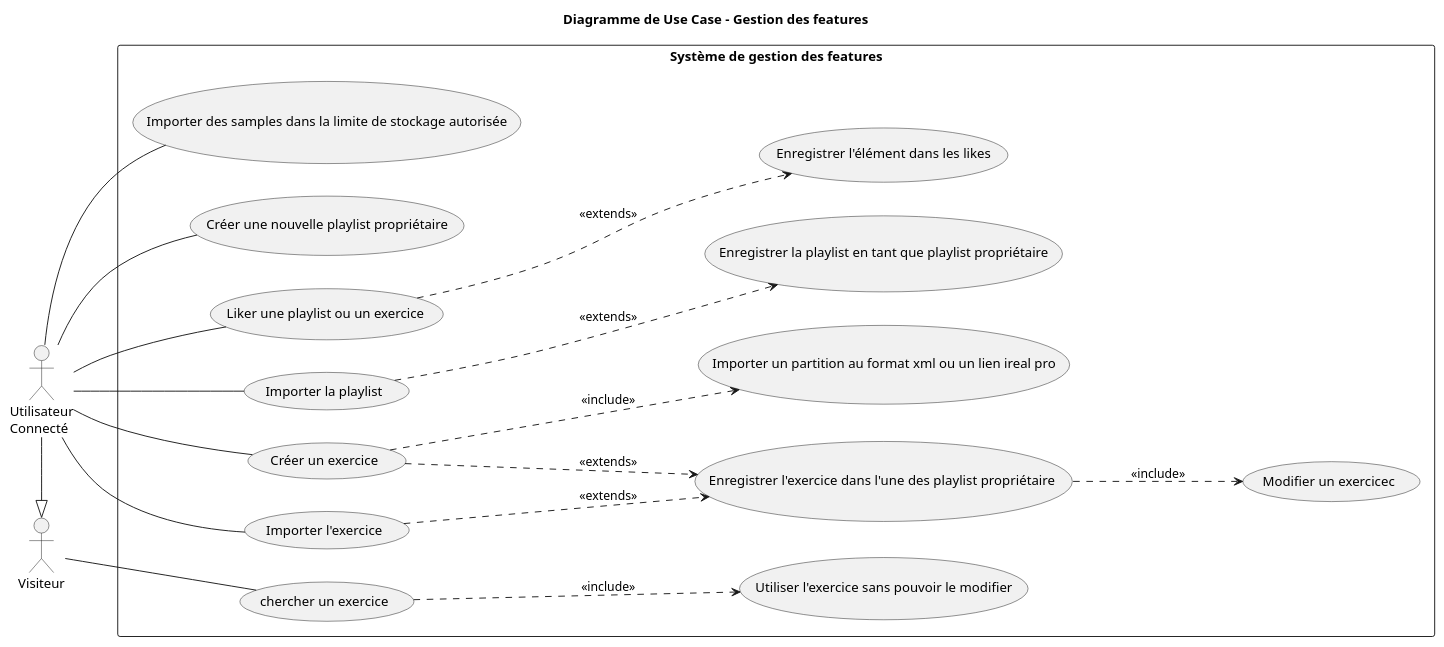
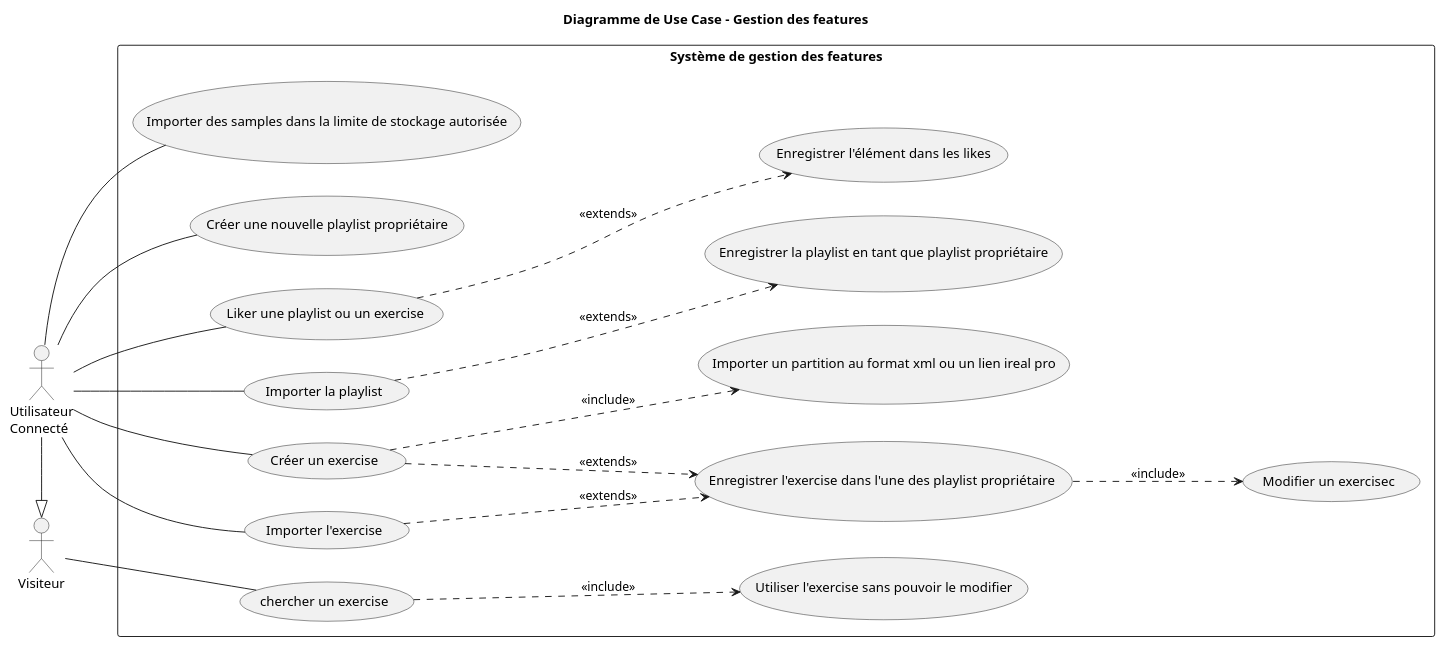
One commit to nemnem202/soutenance changed the diagram in conception/usecase_diagrams/features.wsd. Above: the diagram before and after it, drawn with PlantUML. The commit also changed 19 other files, not shown here.

Commit message:
corrected Exercice by Exercise

```diff
--- a/conception/usecase_diagrams/features.wsd
+++ b/conception/usecase_diagrams/features.wsd
@@ -1,52 +1,52 @@
-@startuml Exercice
+@startuml Exercise
 
 title Diagramme de Use Case - Gestion des features
 
 left to right direction
 
 skinparam PackageStyle rect
 
 actor "Visiteur" as visiteur
 actor "Utilisateur\nConnecté" as user
 
 
 rectangle "Système de gestion des features" {
-        usecase "chercher un exercice" as UC001
-        usecase "Utiliser l'exercice sans pouvoir le modifier" as UC002
-        usecase "Enregistrer l'exercice dans l'une des playlist propriétaire " as UC004
+        usecase "chercher un exercise" as UC001
+        usecase "Utiliser l'exercise sans pouvoir le modifier" as UC002
+        usecase "Enregistrer l'exercise dans l'une des playlist propriétaire " as UC004
         usecase "Créer une nouvelle playlist propriétaire" as UC005
-        usecase "Liker une playlist ou un exercice" as UC007
+        usecase "Liker une playlist ou un exercise" as UC007
         usecase "Enregistrer l'élément dans les likes" as UC008
-        usecase "Créer un exercice" as UC009
+        usecase "Créer un exercise" as UC009
         usecase "Importer un partition au format xml ou un lien ireal pro" as UC010
         usecase "Importer la playlist" as UC011
-        usecase "Importer l'exercice" as UC012
+        usecase "Importer l'exercise" as UC012
         usecase "Enregistrer la playlist en tant que playlist propriétaire" as UC013
         usecase "Importer des samples dans la limite de stockage autorisée" as UC014
-        usecase "Modifier un exercicec" as UC015
+        usecase "Modifier un exercisec" as UC015
 }
 
 visiteur -- UC001
 
 UC001 .--> UC002 : <<include>>
 
 user -- UC007
 user -- UC011
 user -- UC012
 user -- UC005
 user -- UC009
 user -- UC014
 
 UC012 .--> UC004 : <<extends>>
 UC009 .--> UC004 : <<extends>>
 UC007 .--> UC008 : <<extends>>
 
 UC009 .--> UC010 : <<include>>
 
 UC011 .--> UC013 : <<extends>>
 
 UC004 .--> UC015 : <<include>>
 
 user -|> visiteur
 
 @enduml
```
